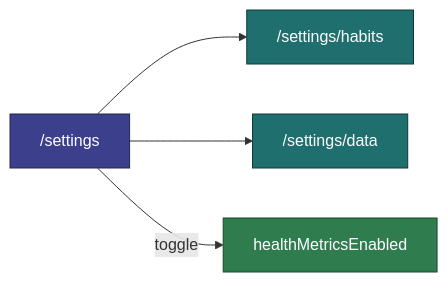
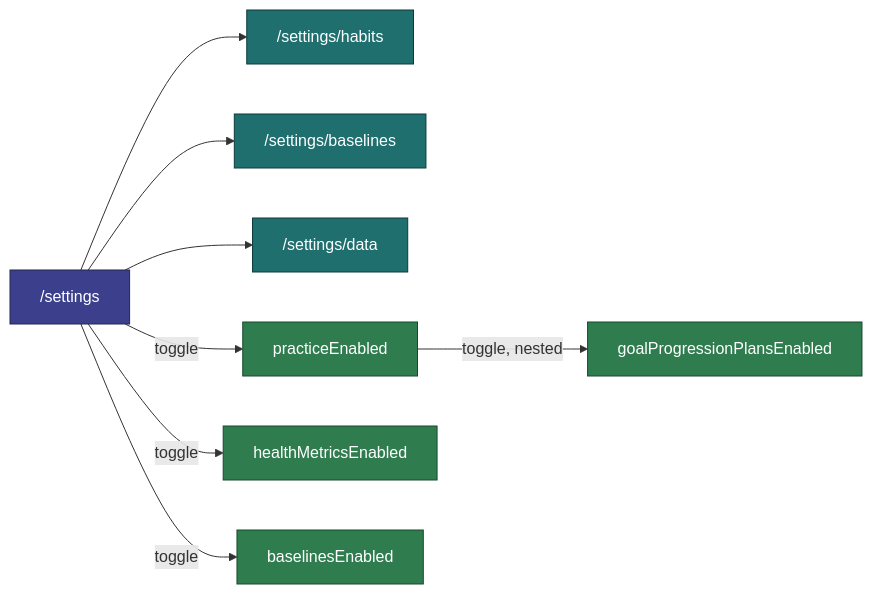
Before and after one commit to jermbo/CosmicWorkOut: the first of 2 diagrams in docs/requirements/settings-preferences.md, drawn with Mermaid. The commit also changed other lines of this file and 31 other files, not shown here.

First line of the commit message:
Update documentation and implementation for Practice and Lift plans in v1.9.0

````diff
--- a/docs/requirements/settings-preferences.md
+++ b/docs/requirements/settings-preferences.md
@@ -41,14 +41,18 @@
 ```mermaid
 flowchart LR
     Hub["/settings"]
     Hub --> Hab["/settings/habits"]
+    Hub --> Base["/settings/baselines"]
     Hub --> Data["/settings/data"]
+    Hub -->|toggle| Practice[practiceEnabled]
+    Practice -->|toggle, nested| Lift[goalProgressionPlansEnabled]
     Hub -->|toggle| Health[healthMetricsEnabled]
+    Hub -->|toggle| Baselines[baselinesEnabled]
 
     classDef hub fill:#3b3f8c,stroke:#23264f,color:#ffffff;
     classDef route fill:#1f6f6f,stroke:#0f3a3a,color:#ffffff;
     classDef toggle fill:#2f7d4f,stroke:#1a472d,color:#ffffff;
     class Hub hub;
-    class Hab,Data route;
-    class Health toggle;
+    class Hab,Base,Data route;
+    class Practice,Lift,Health,Baselines toggle;
 ```
````
